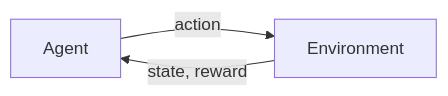
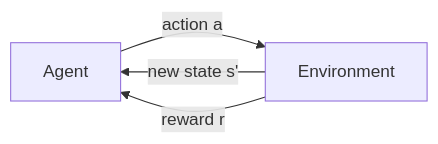
The second of 3 diagrams in src/content/docs/Machine Learning/Phase 01 - The ML Foundation/Types of Machine Learning (Supervised, Unsupervised, Reinforcement).mdx (Ravikisha/PythonCentralHub), drawn with Mermaid before and after one commit. The commit also changed other lines of this file and 1327 other files, not shown here.

````diff
--- a/src/content/docs/Machine Learning/Phase 01 - The ML Foundation/Types of Machine Learning (Supervised, Unsupervised, Reinforcement).mdx
+++ b/src/content/docs/Machine Learning/Phase 01 - The ML Foundation/Types of Machine Learning (Supervised, Unsupervised, Reinforcement).mdx
@@ -69,5 +94,6 @@
 ```mermaid
 flowchart LR
-  Agent -->|action| Env[Environment]
-  Env -->|state, reward| Agent
+  A["Agent"] -->|"action a"| E["Environment"]
+  E -->|"new state s'"| A
+  E -->|"reward r"| A
 ```
````
